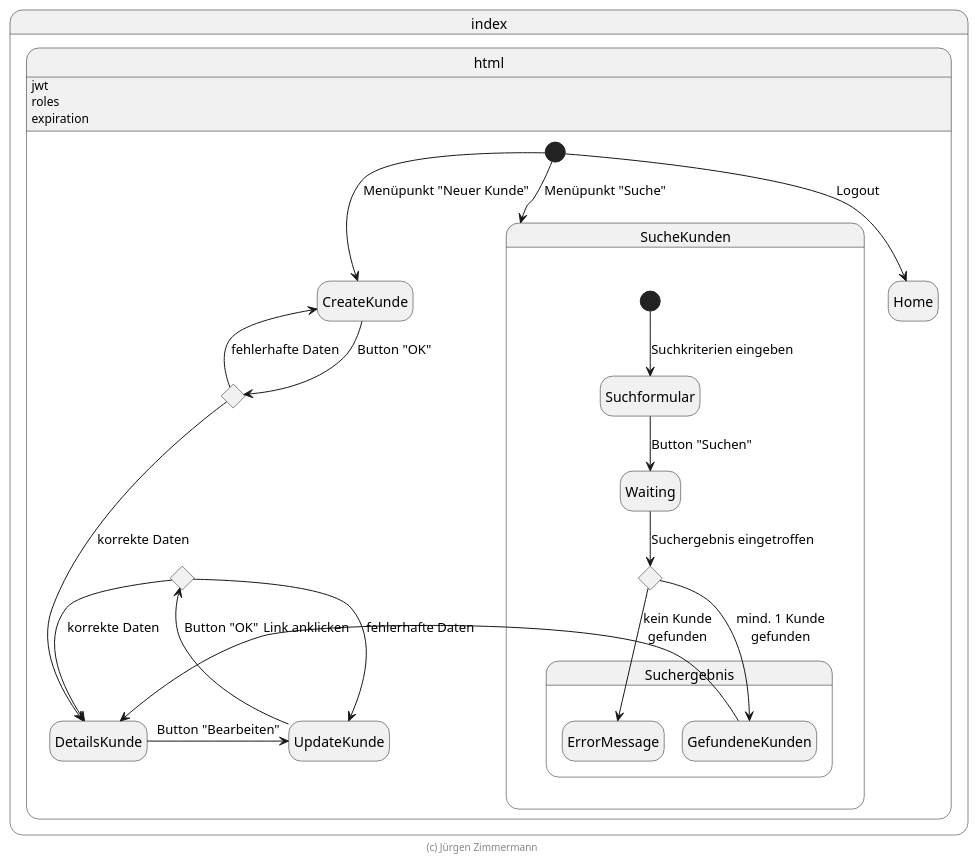
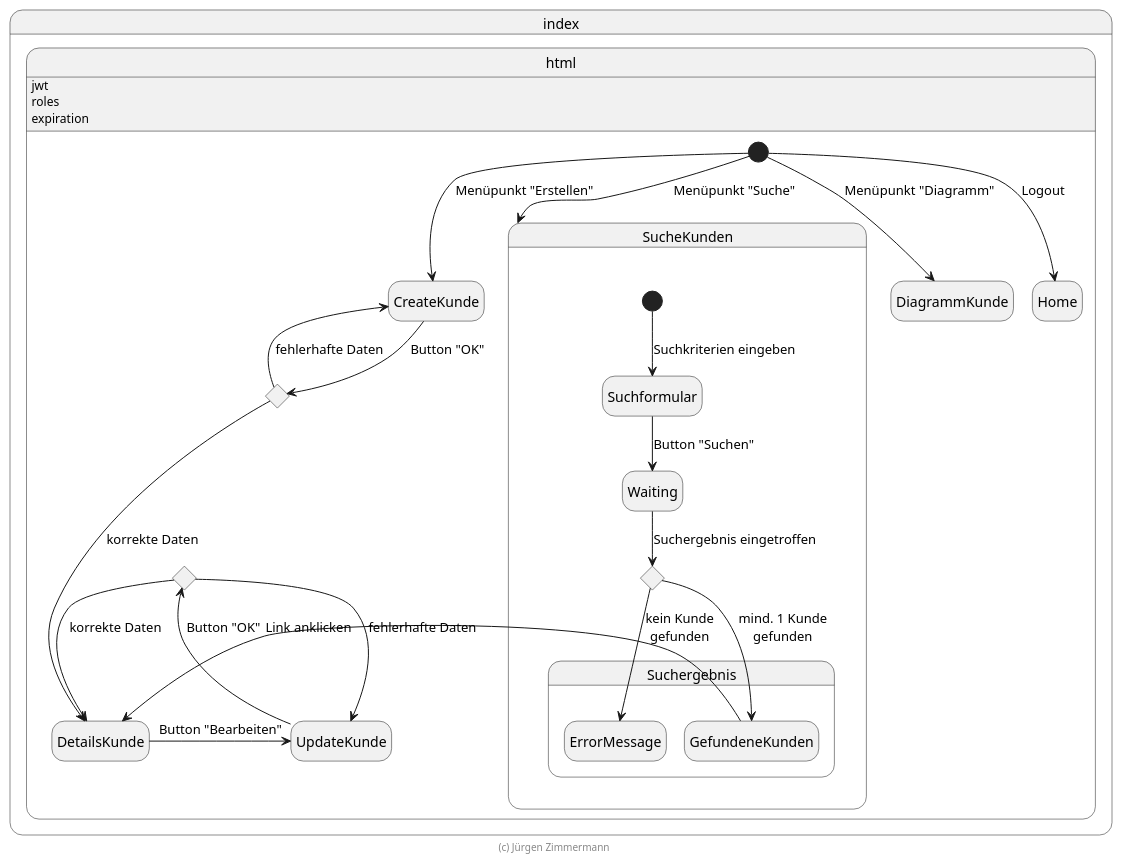
Before and after one commit to Vertiquo/SWE-Gruppe8-Abg2: the diagram in extras/doc/page-flow-admin.zustandsdiagramm.plantuml, drawn with PlantUML. The commit also changed 4 other files, not shown here.

```diff
--- a/extras/doc/page-flow-admin.zustandsdiagramm.plantuml
+++ b/extras/doc/page-flow-admin.zustandsdiagramm.plantuml
@@ -20,44 +20,47 @@
 @startuml Zustandsdiagramm
 
 hide empty description
 
 state index.html {
     index.html: jwt
     index.html: roles
     index.html: expiration
 
     [*] --> Home: Logout
 
     state SucheKunden {
         [*] --> Suchformular: Suchkriterien eingeben
         Suchformular --> Waiting: Button "Suchen"
         state SuchergebnisChoice <<choice>>
         Waiting --> SuchergebnisChoice: Suchergebnis eingetroffen
 
         state Suchergebnis {
             SuchergebnisChoice --> GefundeneKunden: mind. 1 Kunde\ngefunden
             SuchergebnisChoice --> ErrorMessage: kein Kunde\ngefunden
 
             ErrorMessage -right[hidden]-> GefundeneKunden
         }
     }
     [*] -down-> SucheKunden: Menüpunkt "Suche"
     GefundeneKunden -right-> DetailsKunde: Link anklicken
 
-    [*] -down-> CreateKunde: Menüpunkt "Neuer Kunde"
+    [*] -down-> CreateKunde: Menüpunkt "Erstellen"
     SucheKunden -right[hidden]-> CreateKunde
     state CreateChoice <<choice>>
     CreateKunde --> CreateChoice: Button "OK"
     CreateChoice --> CreateKunde: fehlerhafte Daten
     CreateChoice --> DetailsKunde: korrekte Daten
 
     DetailsKunde -right-> UpdateKunde: Button "Bearbeiten"
     state UpdateChoice <<choice>>
     UpdateKunde -up-> UpdateChoice: Button "OK"
     UpdateChoice --> UpdateKunde: fehlerhafte Daten
     UpdateChoice --> DetailsKunde: korrekte Daten
+
+    [*] -down-> DiagrammKunde: Menüpunkt "Diagramm"
+    CreateKunde -right[hidden]-> DiagrammKunde
 }
 
 footer (c) Jürgen Zimmermann
 
 @enduml
```
